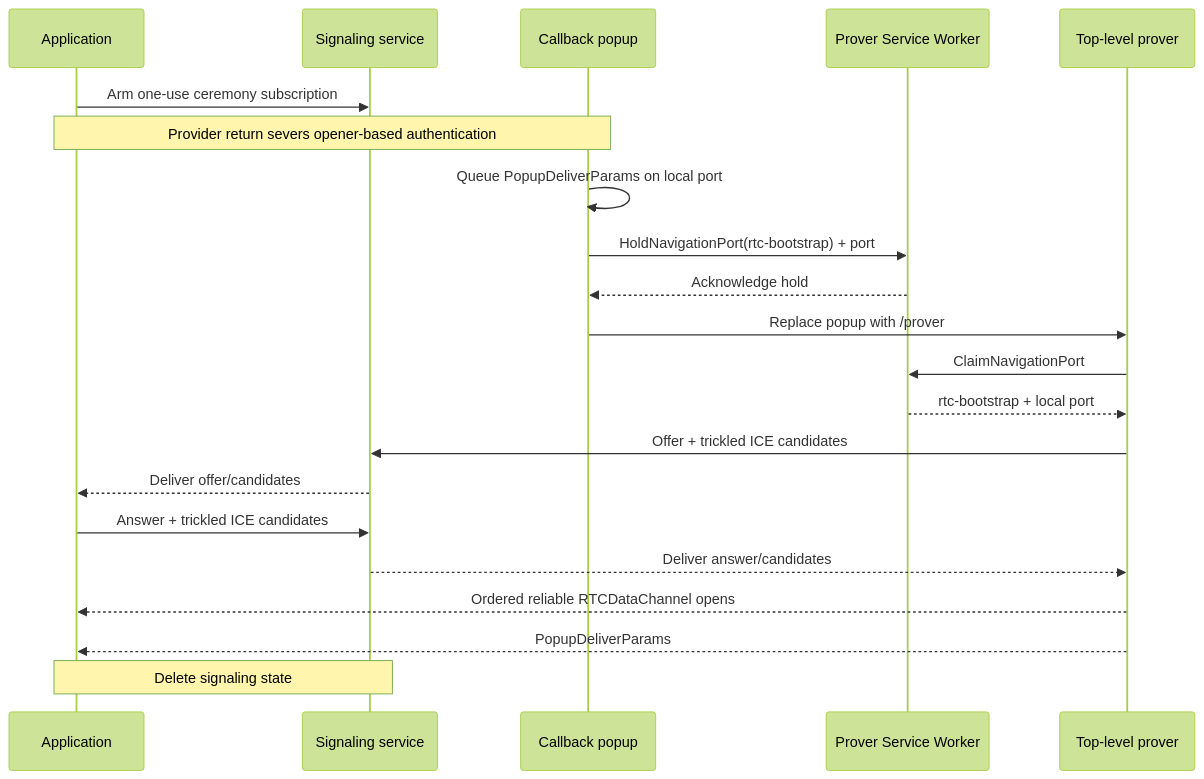
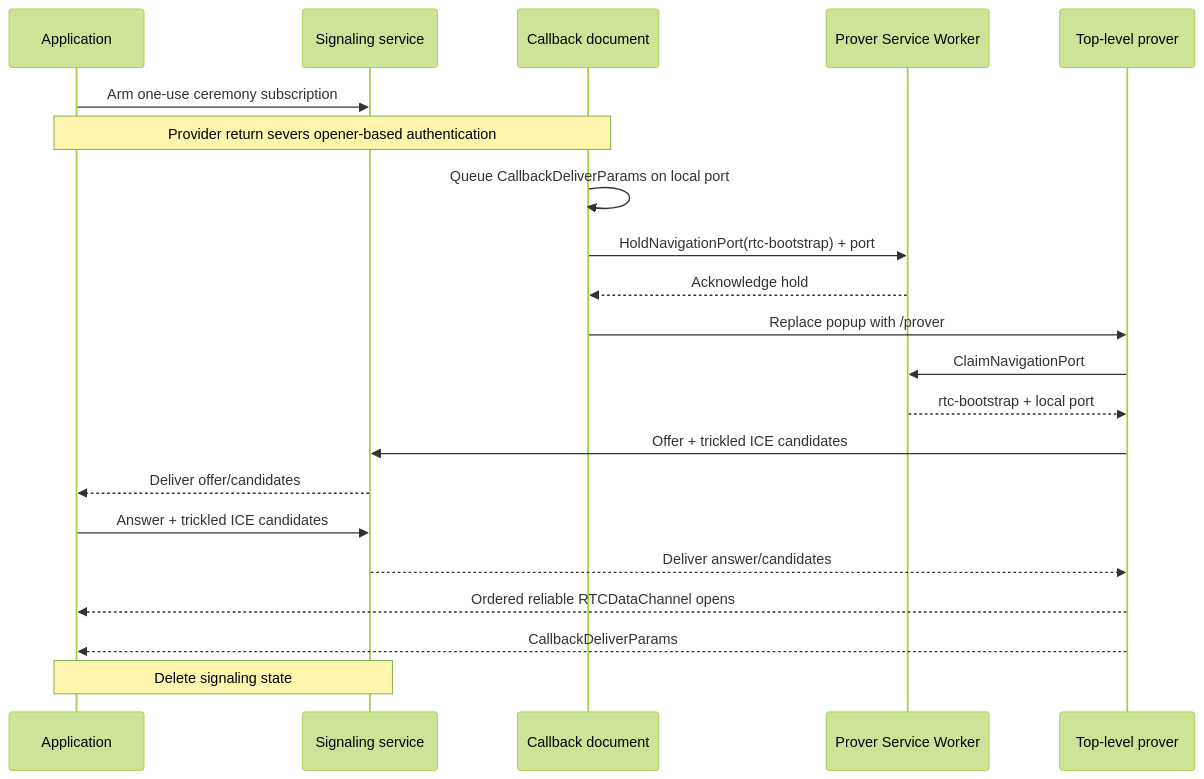
One commit to libid-org/libid changed the diagram in ts/packages/ceremony/CCDP-RTC.md. Above: the diagram before and after it, drawn with Mermaid (forest theme). The commit also changed other lines of this file and 7 other files, not shown here.

Commit message:
docs(ceremony): rename popup participant to callback

````diff
--- a/ts/packages/ceremony/CCDP-RTC.md
+++ b/ts/packages/ceremony/CCDP-RTC.md
@@ -181,24 +181,24 @@
 ```mermaid
 sequenceDiagram
     participant A as Application
     participant G as Signaling service
-    participant C as Callback popup
+    participant C as Callback document
     participant S as Prover Service Worker
     participant P as Top-level prover
 
     A->>G: Arm one-use ceremony subscription
     Note over A,C: Provider return severs opener-based authentication
-    C->>C: Queue PopupDeliverParams on local port
+    C->>C: Queue CallbackDeliverParams on local port
     C->>S: HoldNavigationPort(rtc-bootstrap) + port
     S-->>C: Acknowledge hold
     C->>P: Replace popup with /prover#ceremonyId
     P->>S: ClaimNavigationPort
     S-->>P: rtc-bootstrap + local port
     P->>G: Offer + trickled ICE candidates
     G-->>A: Deliver offer/candidates
     A->>G: Answer + trickled ICE candidates
     G-->>P: Deliver answer/candidates
     P-->>A: Ordered reliable RTCDataChannel opens
-    P-->>A: PopupDeliverParams
+    P-->>A: CallbackDeliverParams
     Note over A,G: Delete signaling state
 ```
````
